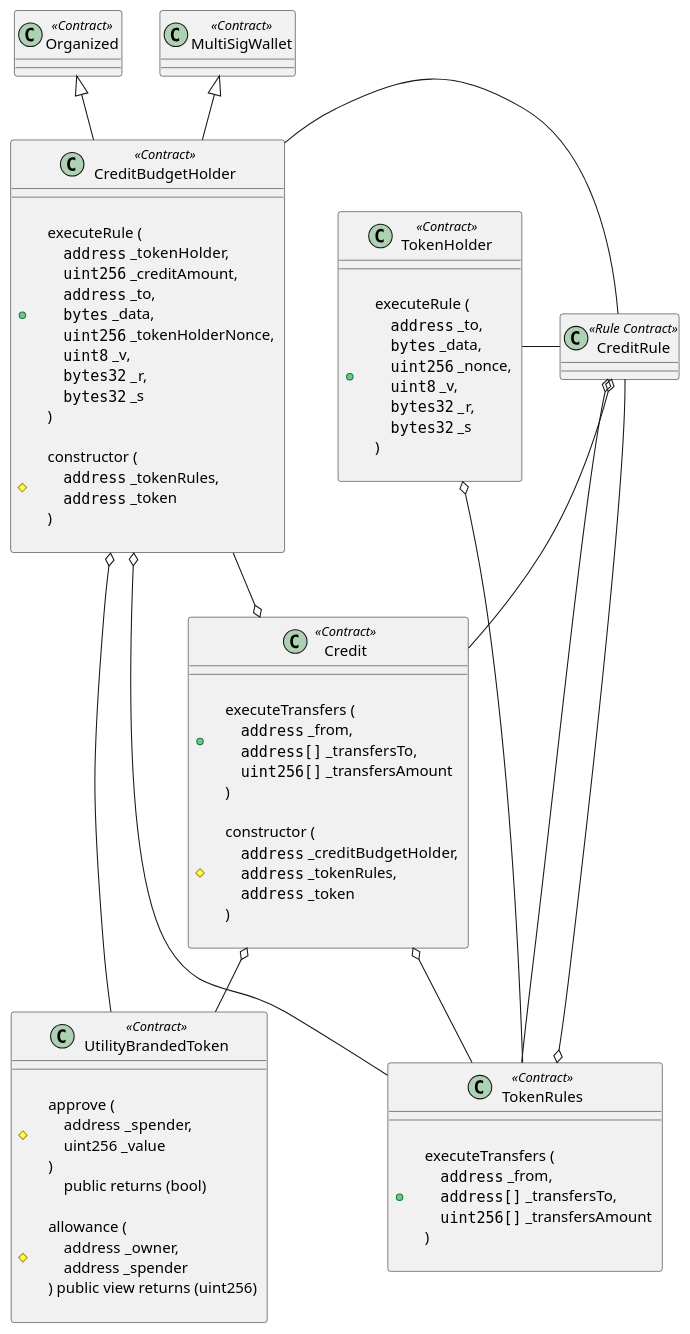
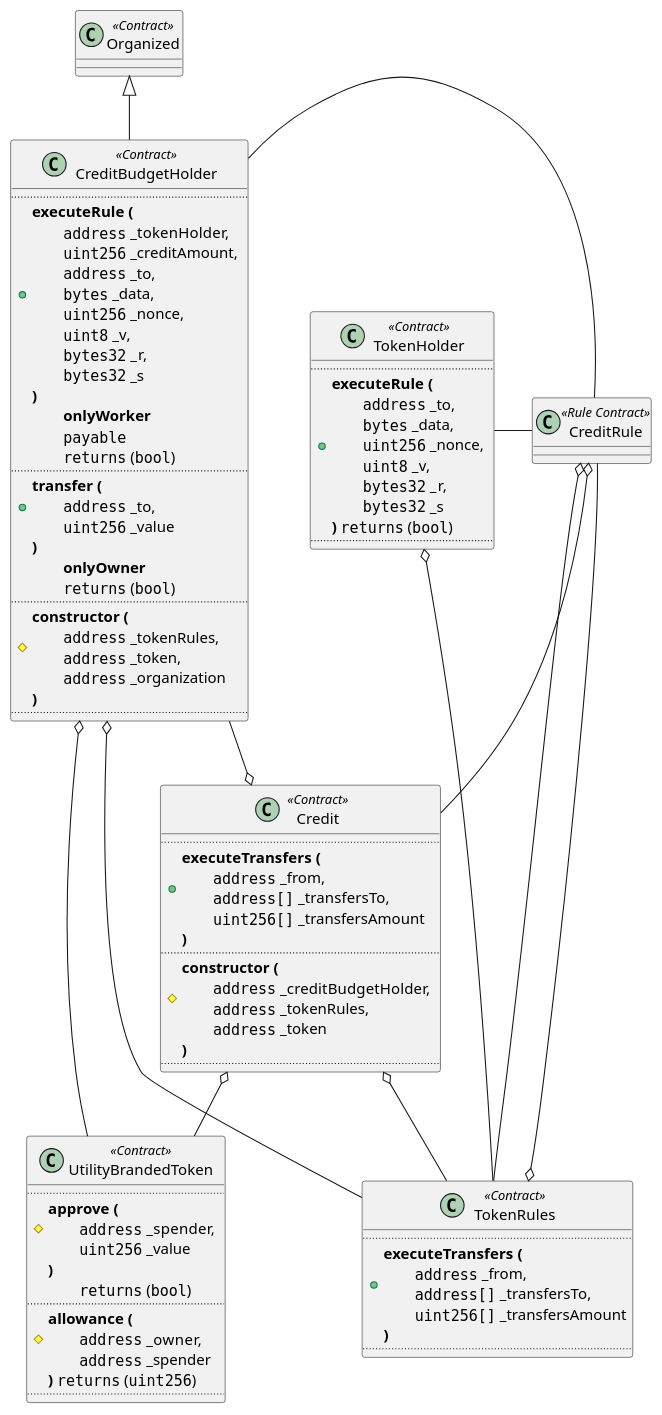
Before and after one commit to OpenST/OIPs: the diagram in OIPS/oip-draft-credit/class-diagram.wsd, drawn with PlantUML. The commit also changed 4 other files, not shown here.

Commit message:
CreditBudgetHolder is organized (only) and does not inherit from MultiSigWallet.

```diff
--- a/OIPS/oip-draft-credit/class-diagram.wsd
+++ b/OIPS/oip-draft-credit/class-diagram.wsd
@@ -1,105 +1,117 @@
 @startuml credit-class-diagram
 
 class CreditBudgetHolder <<Contract>> {
-    +\n\
-    executeRule ( \n\
+    ..
+    +**executeRule (** \n\
         ""address"" _tokenHolder, \n\
         ""uint256"" _creditAmount, \n\
-        ""address"" _to, \n\
-        ""bytes"" _data, \n\
-        ""uint256"" _tokenHolderNonce, \n\
-        ""uint8"" _v, \n\
-        ""bytes32"" _r, \n\
-        ""bytes32"" _s \n\
-    )
-    #\n\
-    constructor ( \n\
-        ""address"" _tokenRules, \n\
-        ""address"" _token \n\
-    ) \n
-}
-
-class TokenHolder <<Contract>> {
-    +\n\
-    executeRule ( \n\
         ""address"" _to, \n\
         ""bytes"" _data, \n\
         ""uint256"" _nonce, \n\
         ""uint8"" _v, \n\
         ""bytes32"" _r, \n\
-        ""bytes32"" _s \n\
-    ) \n
+        ""bytes32"" _s
+    **)** \n\
+        **onlyWorker** \n\
+        ""payable"" \n\
+        ""returns"" (""bool"")
+    ..
+    +**transfer (** \n\
+        ""address"" _to, \n\
+        ""uint256"" _value
+    **)** \n\
+        **onlyOwner** \n\
+        ""returns"" (""bool"")
+    ..
+    #**constructor (** \n\
+        ""address"" _tokenRules, \n\
+        ""address"" _token, \n\
+        ""address"" _organization
+    **)**
+    ..
+}
+
+class TokenHolder <<Contract>> {
+    ..
+    +**executeRule (** \n\
+        ""address"" _to, \n\
+        ""bytes"" _data, \n\
+        ""uint256"" _nonce, \n\
+        ""uint8"" _v, \n\
+        ""bytes32"" _r, \n\
+        ""bytes32"" _s
+    **)** ""returns"" (""bool"")
+    ..
 }
 
 class Credit <<Contract>> {
-    +\n\
-    executeTransfers ( \n\
+    ..
+    +**executeTransfers (** \n\
         ""address"" _from, \n\
         ""address[]"" _transfersTo, \n\
-        ""uint256[]"" _transfersAmount \n\
-    )
-    #\n\
-    constructor ( \n\
+        ""uint256[]"" _transfersAmount
+    **)**
+    ..
+    #**constructor (** \n\
         ""address"" _creditBudgetHolder, \n\
         ""address"" _tokenRules, \n\
-        ""address"" _token \n\
-    ) \n
+        ""address"" _token
+    **)**
+    ..
 }
 
 class UtilityBrandedToken <<Contract>> {
-    #\n\
-    approve ( \n\
-        address _spender, \n\
-        uint256 _value \n\
-    ) \n\
-        public returns (bool)
-    #\n\
-    allowance ( \n\
-        address _owner, \n\
-        address _spender \n\
-    ) public view returns (uint256) \n
+    ..
+    #**approve (** \n\
+        ""address"" _spender, \n\
+        ""uint256"" _value
+    **)** \n\
+        ""returns"" (""bool"")
+    ..
+    #**allowance (** \n\
+        ""address"" _owner, \n\
+        ""address"" _spender
+    **)** ""returns"" (""uint256"")
+    ..
 }
 
 class CreditRule <<Rule Contract>>
 
 class TokenRules <<Contract>> {
-    +\n\
-    executeTransfers ( \n\
+    ..
+    +**executeTransfers (** \n\
         ""address"" _from, \n\
         ""address[]"" _transfersTo, \n\
-        ""uint256[]"" _transfersAmount \n\
-    ) \n
+        ""uint256[]"" _transfersAmount
+    **)**
+    ..
 }
 
 class Organized <<Contract>>
 
-class MultiSigWallet <<Contract>>
-
 together {
     class Organized
-    class MultiSigWallet
     class CreditBudgetHolder
 }
 
 together {
     class Credit
     class CreditRule
 }
 
 Organized <|-- CreditBudgetHolder
-MultiSigWallet <|-- CreditBudgetHolder
 
 CreditBudgetHolder o-- TokenRules
 CreditBudgetHolder o-- UtilityBrandedToken
 TokenHolder o-- TokenRules
 CreditRule o-- TokenRules
 CreditRule o-- Credit
 Credit o-- CreditBudgetHolder
 Credit o-- TokenRules
 TokenRules o-- CreditRule
 Credit o-- UtilityBrandedToken
 
 CreditBudgetHolder - CreditRule
 TokenHolder - CreditRule
 
 @enduml
```
